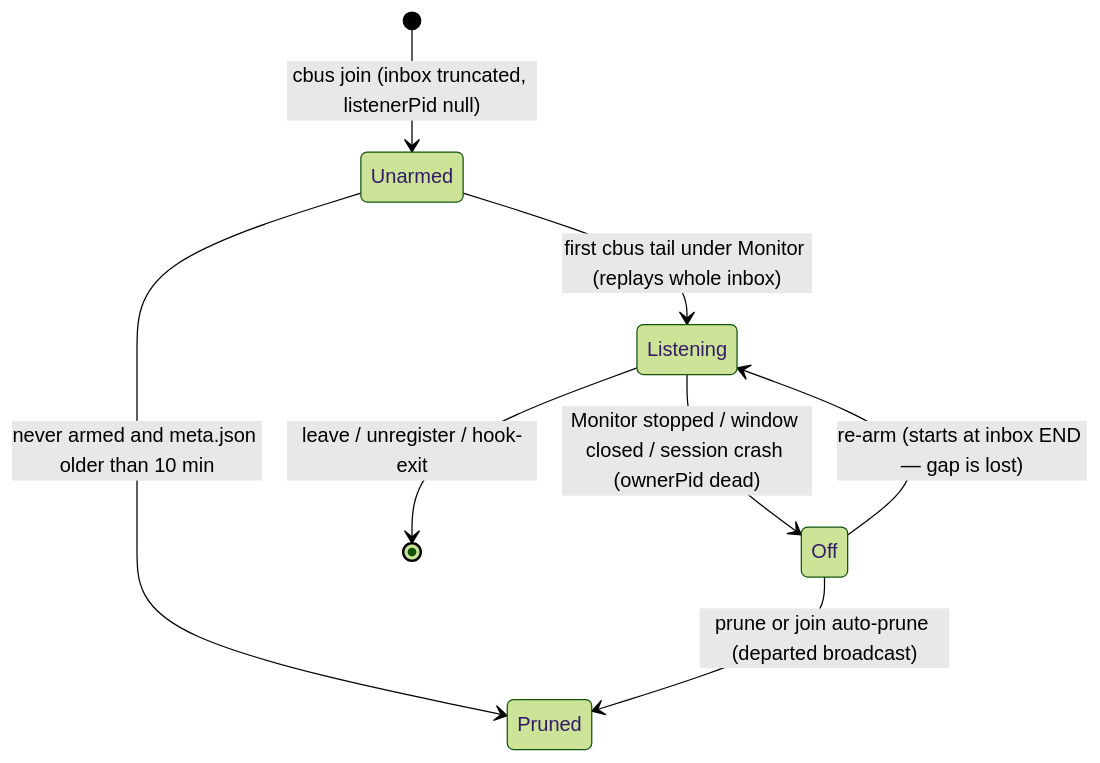
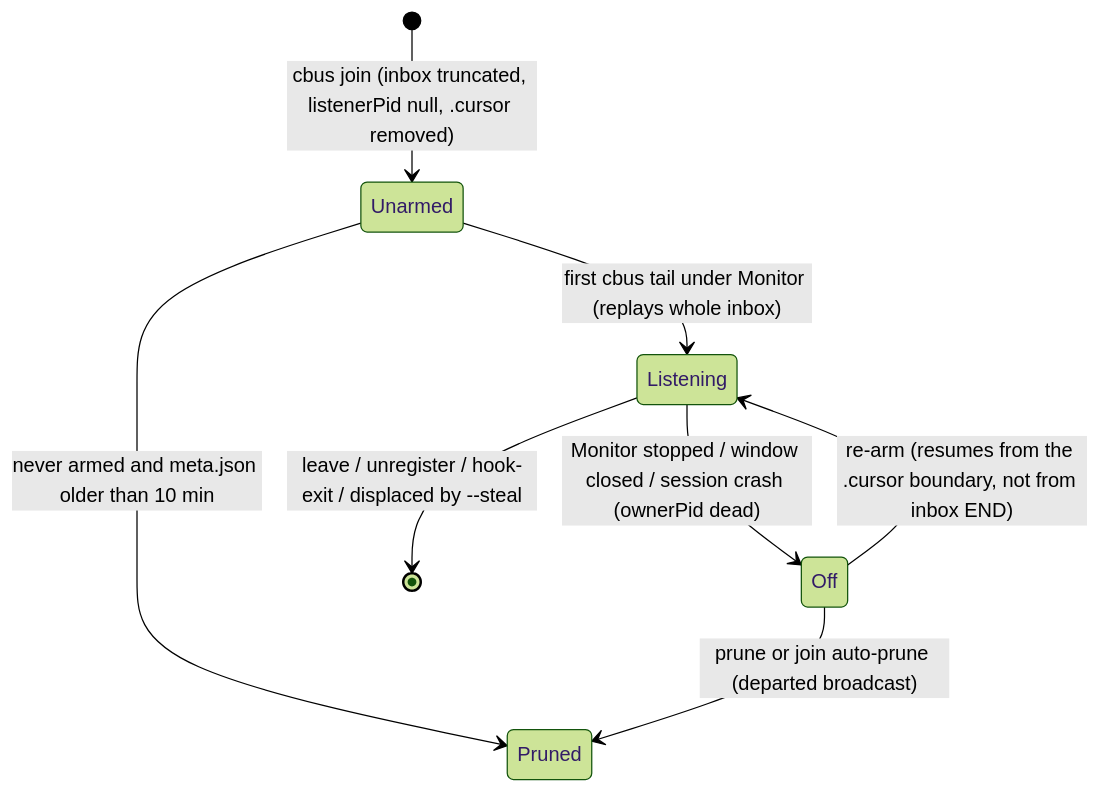
The second of 6 diagrams in docs/architecture/command-reference.md (cumanzor/claudebus), drawn with Mermaid (forest theme) before and after one commit. The commit also changed other lines of this file and 7 other files, not shown here.

````diff
--- a/docs/architecture/command-reference.md
+++ b/docs/architecture/command-reference.md
@@ -340,10 +358,10 @@
 ```mermaid
 stateDiagram-v2
-    [*] --> Unarmed: cbus join (inbox truncated, listenerPid null)
+    [*] --> Unarmed: cbus join (inbox truncated, listenerPid null, .cursor removed)
     Unarmed --> Listening: first cbus tail under Monitor (replays whole inbox)
     Unarmed --> Pruned: never armed and meta.json older than 10 min
     Listening --> Off: Monitor stopped / window closed / session crash (ownerPid dead)
-    Off --> Listening: re-arm (starts at inbox END — gap is lost)
+    Off --> Listening: re-arm (resumes from the .cursor boundary, not from inbox END)
     Off --> Pruned: prune or join auto-prune (departed broadcast)
-    Listening --> [*]: leave / unregister / hook-exit
+    Listening --> [*]: leave / unregister / hook-exit / displaced by --steal
 ```
````
